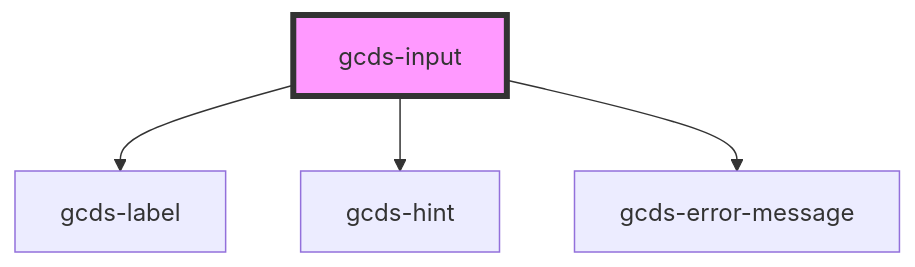
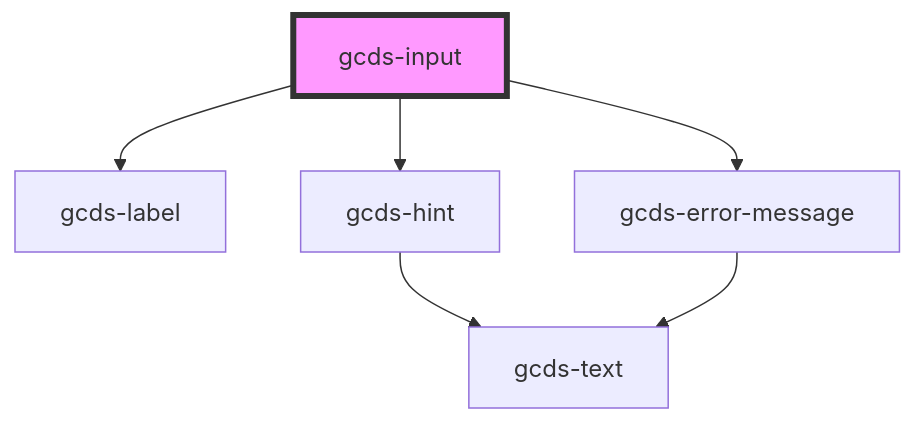
Before and after one commit to cds-snc/gcds-components: the diagram in packages/web/src/components/gcds-input/readme.md, drawn with Mermaid. The commit also changed 33 other files, not shown here.

First line of the commit message:
refactor: integrate gcds-text into existing components  (#457)

````diff
--- a/packages/web/src/components/gcds-input/readme.md
+++ b/packages/web/src/components/gcds-input/readme.md
@@ -61,7 +61,9 @@
 ```mermaid
 graph TD;
   gcds-input --> gcds-label
   gcds-input --> gcds-hint
   gcds-input --> gcds-error-message
+  gcds-hint --> gcds-text
+  gcds-error-message --> gcds-text
   style gcds-input fill:#f9f,stroke:#333,stroke-width:4px
 ```
````
